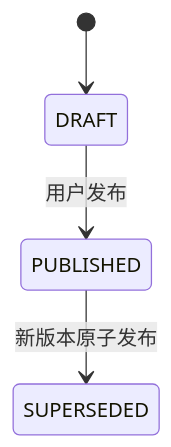
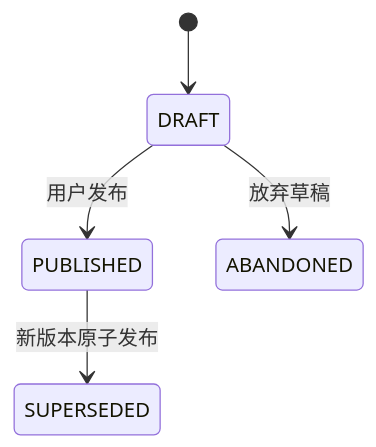
One commit to Knight-Jo/collection-agent changed the ninth of 11 diagrams in docs/architecture/conversational-research-task-architecture.md. Above: the diagram before and after it, drawn with Mermaid. The commit also changed other lines of this file and 1 other file, not shown here.

Commit message:
docs: refine conversational research architecture

````diff
--- a/docs/architecture/conversational-research-task-architecture.md
+++ b/docs/architecture/conversational-research-task-architecture.md
@@ -375,6 +484,7 @@
 ```mermaid
 stateDiagram-v2
     [*] --> DRAFT
     DRAFT --> PUBLISHED: 用户发布
+    DRAFT --> ABANDONED: 放弃草稿
     PUBLISHED --> SUPERSEDED: 新版本原子发布
 ```
````
